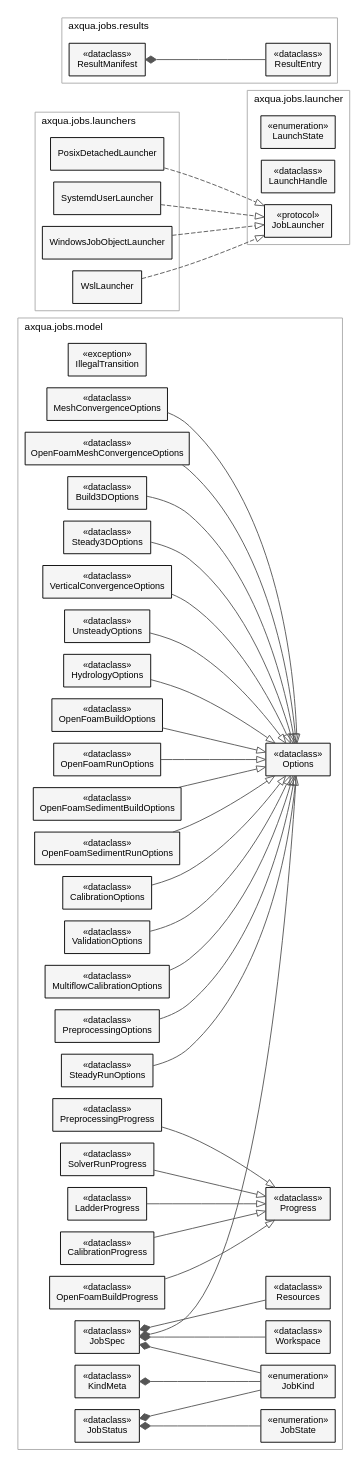
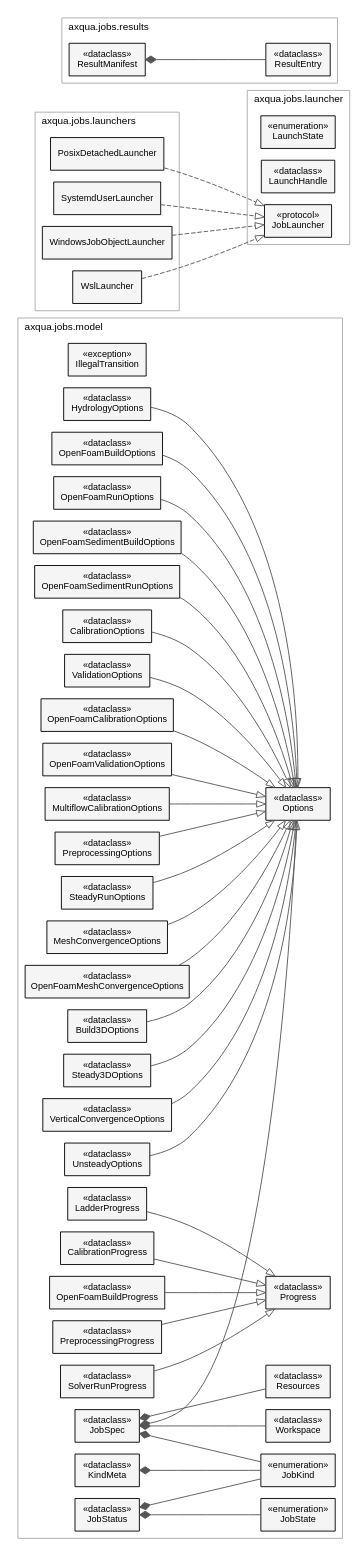
Before and after one commit to sschwindt/aXqua: the diagram in docs/img/uml-jobs.dot, drawn with Graphviz. The commit also changed 21 other files, not shown here.

First line of the commit message:
OpenFOAM calibration and validation at the discharges of calibration situations

```diff
--- a/docs/img/uml-jobs.dot
+++ b/docs/img/uml-jobs.dot
@@ -1,90 +1,94 @@
 digraph uml_jobs {
   graph [rankdir=LR, nodesep=0.18, ranksep=1.0, fontname="Helvetica,Arial,sans-serif", fontsize=11, labeljust=l];
   node [shape=box, style=filled, fillcolor="#f5f5f5", fontname="Helvetica,Arial,sans-serif", fontsize=10, margin="0.12,0.06"];
   edge [color="#555555"];
   subgraph cluster_0 {
     label="axqua.jobs.model"; color="#aaaaaa";
     JobState [label="&#171;enumeration&#187;\nJobState"];
     IllegalTransition [label="&#171;exception&#187;\nIllegalTransition"];
     JobKind [label="&#171;enumeration&#187;\nJobKind"];
     Options [label="&#171;dataclass&#187;\nOptions"];
     PreprocessingOptions [label="&#171;dataclass&#187;\nPreprocessingOptions"];
     SteadyRunOptions [label="&#171;dataclass&#187;\nSteadyRunOptions"];
     MeshConvergenceOptions [label="&#171;dataclass&#187;\nMeshConvergenceOptions"];
     OpenFoamMeshConvergenceOptions [label="&#171;dataclass&#187;\nOpenFoamMeshConvergenceOptions"];
     Build3DOptions [label="&#171;dataclass&#187;\nBuild3DOptions"];
     Steady3DOptions [label="&#171;dataclass&#187;\nSteady3DOptions"];
     VerticalConvergenceOptions [label="&#171;dataclass&#187;\nVerticalConvergenceOptions"];
     UnsteadyOptions [label="&#171;dataclass&#187;\nUnsteadyOptions"];
     HydrologyOptions [label="&#171;dataclass&#187;\nHydrologyOptions"];
     OpenFoamBuildOptions [label="&#171;dataclass&#187;\nOpenFoamBuildOptions"];
     OpenFoamRunOptions [label="&#171;dataclass&#187;\nOpenFoamRunOptions"];
     OpenFoamSedimentBuildOptions [label="&#171;dataclass&#187;\nOpenFoamSedimentBuildOptions"];
     OpenFoamSedimentRunOptions [label="&#171;dataclass&#187;\nOpenFoamSedimentRunOptions"];
     CalibrationOptions [label="&#171;dataclass&#187;\nCalibrationOptions"];
     ValidationOptions [label="&#171;dataclass&#187;\nValidationOptions"];
+    OpenFoamCalibrationOptions [label="&#171;dataclass&#187;\nOpenFoamCalibrationOptions"];
+    OpenFoamValidationOptions [label="&#171;dataclass&#187;\nOpenFoamValidationOptions"];
     MultiflowCalibrationOptions [label="&#171;dataclass&#187;\nMultiflowCalibrationOptions"];
     Progress [label="&#171;dataclass&#187;\nProgress"];
     PreprocessingProgress [label="&#171;dataclass&#187;\nPreprocessingProgress"];
     SolverRunProgress [label="&#171;dataclass&#187;\nSolverRunProgress"];
     LadderProgress [label="&#171;dataclass&#187;\nLadderProgress"];
     CalibrationProgress [label="&#171;dataclass&#187;\nCalibrationProgress"];
     OpenFoamBuildProgress [label="&#171;dataclass&#187;\nOpenFoamBuildProgress"];
     KindMeta [label="&#171;dataclass&#187;\nKindMeta"];
     Resources [label="&#171;dataclass&#187;\nResources"];
     Workspace [label="&#171;dataclass&#187;\nWorkspace"];
     JobSpec [label="&#171;dataclass&#187;\nJobSpec"];
     JobStatus [label="&#171;dataclass&#187;\nJobStatus"];
   }
   subgraph cluster_1 {
     label="axqua.jobs.launcher"; color="#aaaaaa";
     LaunchState [label="&#171;enumeration&#187;\nLaunchState"];
     LaunchHandle [label="&#171;dataclass&#187;\nLaunchHandle"];
     JobLauncher [label="&#171;protocol&#187;\nJobLauncher"];
   }
   subgraph cluster_2 {
     label="axqua.jobs.launchers"; color="#aaaaaa";
     PosixDetachedLauncher [label="PosixDetachedLauncher"];
     SystemdUserLauncher [label="SystemdUserLauncher"];
     WindowsJobObjectLauncher [label="WindowsJobObjectLauncher"];
     WslLauncher [label="WslLauncher"];
   }
   subgraph cluster_3 {
     label="axqua.jobs.results"; color="#aaaaaa";
     ResultEntry [label="&#171;dataclass&#187;\nResultEntry"];
     ResultManifest [label="&#171;dataclass&#187;\nResultManifest"];
   }
   PreprocessingOptions -> Options [arrowhead=empty];
   SteadyRunOptions -> Options [arrowhead=empty];
   MeshConvergenceOptions -> Options [arrowhead=empty];
   OpenFoamMeshConvergenceOptions -> Options [arrowhead=empty];
   Build3DOptions -> Options [arrowhead=empty];
   Steady3DOptions -> Options [arrowhead=empty];
   VerticalConvergenceOptions -> Options [arrowhead=empty];
   UnsteadyOptions -> Options [arrowhead=empty];
   HydrologyOptions -> Options [arrowhead=empty];
   OpenFoamBuildOptions -> Options [arrowhead=empty];
   OpenFoamRunOptions -> Options [arrowhead=empty];
   OpenFoamSedimentBuildOptions -> Options [arrowhead=empty];
   OpenFoamSedimentRunOptions -> Options [arrowhead=empty];
   CalibrationOptions -> Options [arrowhead=empty];
   ValidationOptions -> Options [arrowhead=empty];
+  OpenFoamCalibrationOptions -> Options [arrowhead=empty];
+  OpenFoamValidationOptions -> Options [arrowhead=empty];
   MultiflowCalibrationOptions -> Options [arrowhead=empty];
   PreprocessingProgress -> Progress [arrowhead=empty];
   SolverRunProgress -> Progress [arrowhead=empty];
   LadderProgress -> Progress [arrowhead=empty];
   CalibrationProgress -> Progress [arrowhead=empty];
   OpenFoamBuildProgress -> Progress [arrowhead=empty];
   KindMeta -> JobKind [arrowtail=diamond, dir=back];
   JobSpec -> JobKind [arrowtail=diamond, dir=back];
   JobSpec -> Resources [arrowtail=diamond, dir=back];
   JobSpec -> Workspace [arrowtail=diamond, dir=back];
   JobSpec -> Options [arrowtail=diamond, dir=back];
   JobStatus -> JobState [arrowtail=diamond, dir=back];
   JobStatus -> JobKind [arrowtail=diamond, dir=back];
   ResultManifest -> ResultEntry [arrowtail=diamond, dir=back];
   PosixDetachedLauncher -> JobLauncher [arrowhead=empty, style=dashed];
   SystemdUserLauncher -> JobLauncher [arrowhead=empty, style=dashed];
   WindowsJobObjectLauncher -> JobLauncher [arrowhead=empty, style=dashed];
   WslLauncher -> JobLauncher [arrowhead=empty, style=dashed];
 }
```
